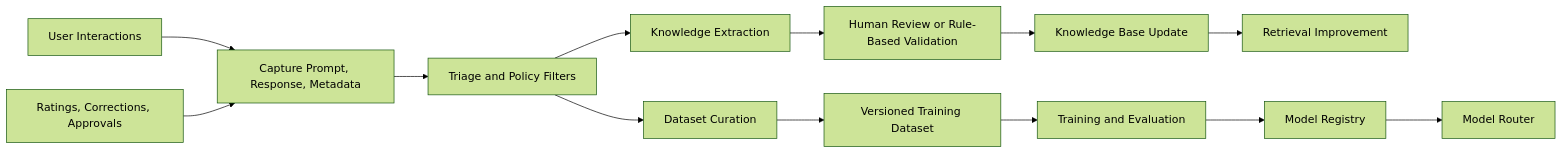
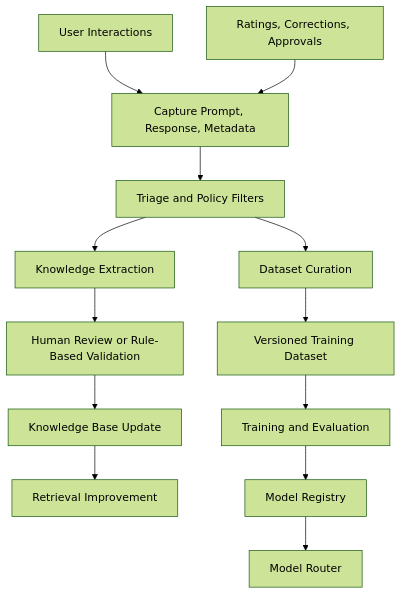
Before and after one commit to dcfrancisco/open-intelligence-platform: the diagram in docs/learning-pipeline.md, drawn with Mermaid (forest theme). The commit also changed 110 other files, not shown here.

First line of the commit message:
Add documentation and initial setup files for MVP and architecture

````diff
--- a/docs/learning-pipeline.md
+++ b/docs/learning-pipeline.md
@@ -47,17 +47,17 @@
 ```mermaid
-flowchart LR
+flowchart TD
     Interactions[User Interactions] --> Capture[Capture Prompt, Response, Metadata]
     Feedback[Ratings, Corrections, Approvals] --> Capture
     Capture --> Triage[Triage and Policy Filters]
     Triage --> Extract[Knowledge Extraction]
     Triage --> Curate[Dataset Curation]
 
     Extract --> Review[Human Review or Rule-Based Validation]
     Review --> Knowledge[Knowledge Base Update]
     Knowledge --> Retrieval[Retrieval Improvement]
 
     Curate --> Dataset[Versioned Training Dataset]
     Dataset --> Train[Training and Evaluation]
     Train --> Registry[Model Registry]
     Registry --> Router[Model Router]
 ```
````
